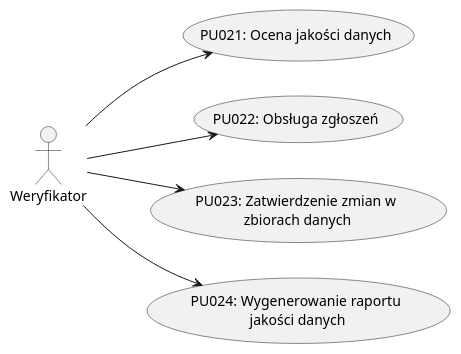
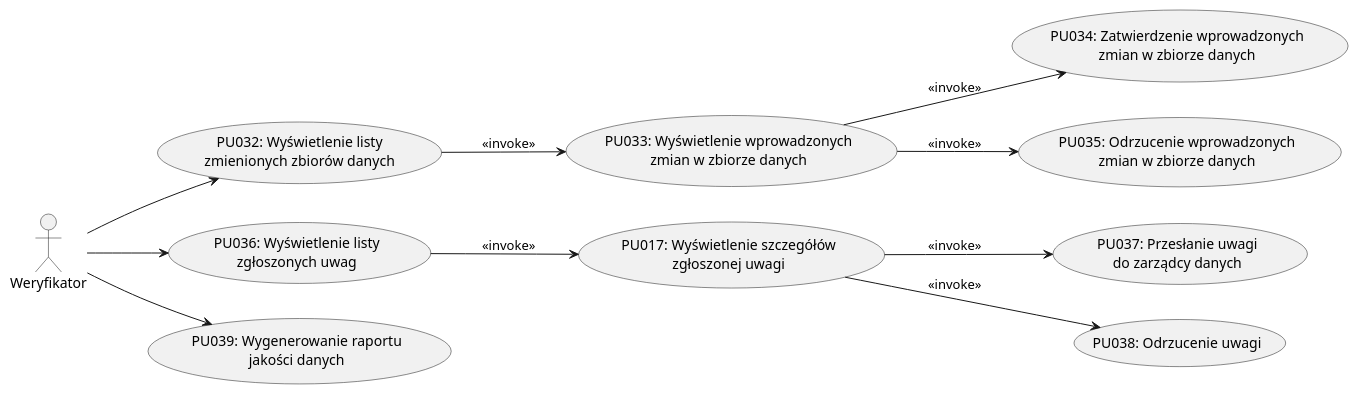
Before and after one commit to kokolodziejska/IWO: the diagram in 4. Diagramy Przypadkow/Weryfikator.puml, drawn with PlantUML. The commit also changed 5 other files, not shown here.

Commit message:
Aktualizowano diagramy przypadkow uzycia systemu

```diff
--- a/4. Diagramy Przypadkow/Weryfikator.puml
+++ b/4. Diagramy Przypadkow/Weryfikator.puml
@@ -1,16 +1,30 @@
 @startuml Weryfikator
 left to right direction
 
 actor "Weryfikator" as Verifier
 
-usecase "PU021: Ocena jakości danych" as UC1
-usecase "PU022: Obsługa zgłoszeń" as UC2
-usecase "PU023: Zatwierdzenie zmian w\n zbiorach danych" as UC3
-usecase "PU024: Wygenerowanie raportu\n jakości danych" as UC4
+usecase "PU032: Wyświetlenie listy\nzmienionych zbiorów danych" as PU032
+usecase "PU033: Wyświetlenie wprowadzonych\nzmian w zbiorze danych" as PU033
+usecase "PU034: Zatwierdzenie wprowadzonych\nzmian w zbiorze danych" as PU034
+usecase "PU035: Odrzucenie wprowadzonych\nzmian w zbiorze danych" as PU035
 
-Verifier --> UC1
-Verifier --> UC2
-Verifier --> UC3
-Verifier --> UC4
+usecase "PU036: Wyświetlenie listy\nzgłoszonych uwag" as PU036
+usecase "PU017: Wyświetlenie szczegółów\nzgłoszonej uwagi" as PU017
+usecase "PU037: Przesłanie uwagi\ndo zarządcy danych" as PU037
+usecase "PU038: Odrzucenie uwagi" as PU038
+
+usecase "PU039: Wygenerowanie raportu\njakości danych" as PU039
+
+Verifier --> PU032
+Verifier --> PU036
+Verifier --> PU039
+
+PU032 --> PU033 : <<invoke>>
+PU033 --> PU034 : <<invoke>>
+PU033 --> PU035 : <<invoke>>
+
+PU036 --> PU017 : <<invoke>>
+PU017 --> PU037 : <<invoke>>
+PU017 --> PU038 : <<invoke>>
 
 @enduml
```
